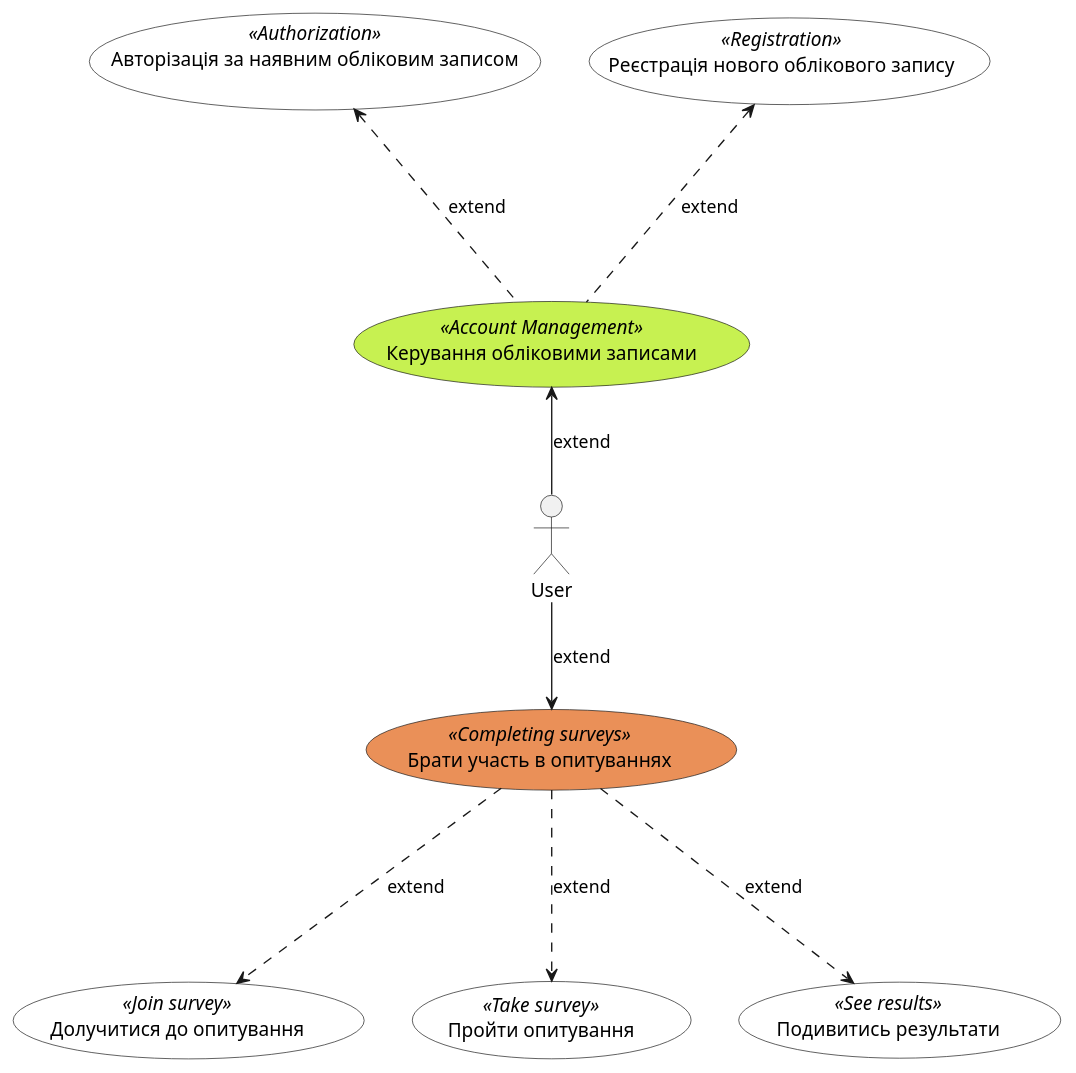
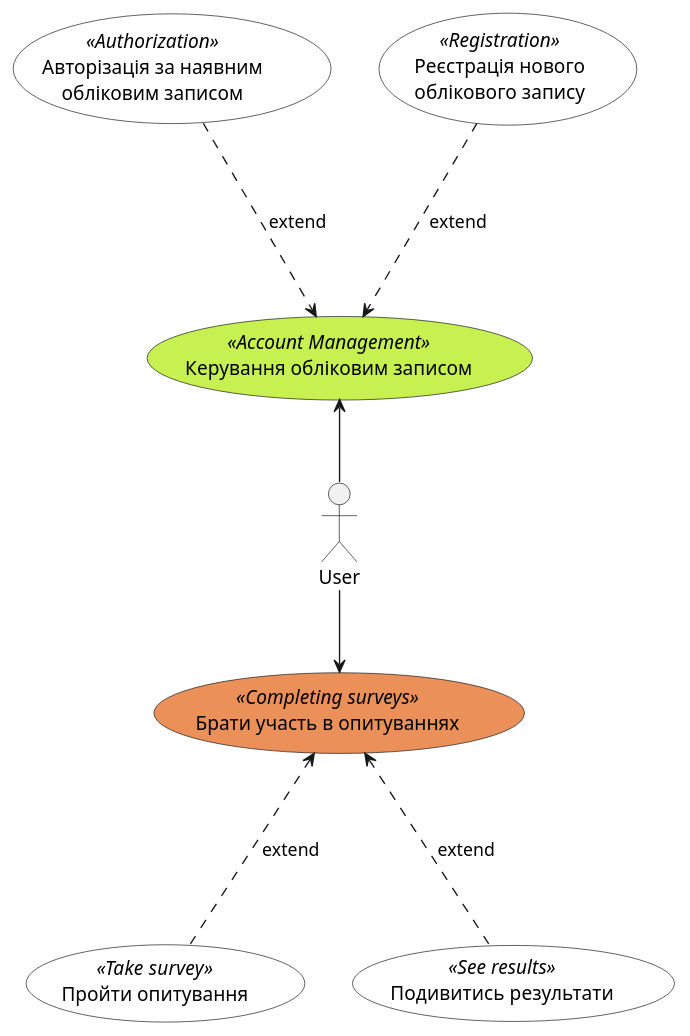
Before and after one commit to manabr0w/DB_COURSE_WORK: the sixth of 6 diagrams in docs/use cases/README.md, drawn with PlantUML. The commit also changed other lines of this file, not shown here.

```diff
--- a/docs/use cases/README.md
+++ b/docs/use cases/README.md
@@ -243,28 +243,26 @@
 @startuml
 
     actor "User" as User
 '----------------------------------------------------------------
     'Проходження опитувань
     usecase completing_surveys as "Брати участь в опитуваннях" <<Completing surveys>> #EA9058
-    usecase join_survey as "Долучитися до опитування" <<Join survey>> #FFFFFF
     usecase take_survey as "Пройти опитування" <<Take survey>> #FFFFFF
     usecase see_results as "Подивитись результати" <<See results>> #FFFFFF
 
 
     'керування обліковим записом
-    usecase account_management as "Керування обліковими записами" <<Account Management>> #C7F151
-    usecase registration as "Реєстрація нового облікового запису" <<Registration>> #FFFFFF
-    usecase authorization as "Авторізація за наявним обліковим записом" <<Authorization>> #FFFFFF
+    usecase account_management as "Керування обліковим записом" <<Account Management>> #C7F151
+    usecase registration as "Реєстрація нового\nоблікового запису" <<Registration>> #FFFFFF
+    usecase authorization as "Авторізація за наявним\nобліковим записом" <<Authorization>> #FFFFFF
 
 '----------------------------------------------------------------
-    User -down-> completing_surveys: extend
-    User -up-> account_management: extend
+    User -down-> completing_surveys
+    User -up-> account_management
 
-    completing_surveys -down-.> join_survey: extend
-    completing_surveys -down-.> take_survey: extend
-    completing_surveys -down-.> see_results: extend
+    completing_surveys <.-down- take_survey: extend
+    completing_surveys <.-down- see_results: extend
 
-    account_management -up-.> registration: extend
-    account_management -up-.> authorization: extend
+    account_management <.-up- registration: extend
+    account_management <.-up- authorization: extend
 
 @enduml
```
